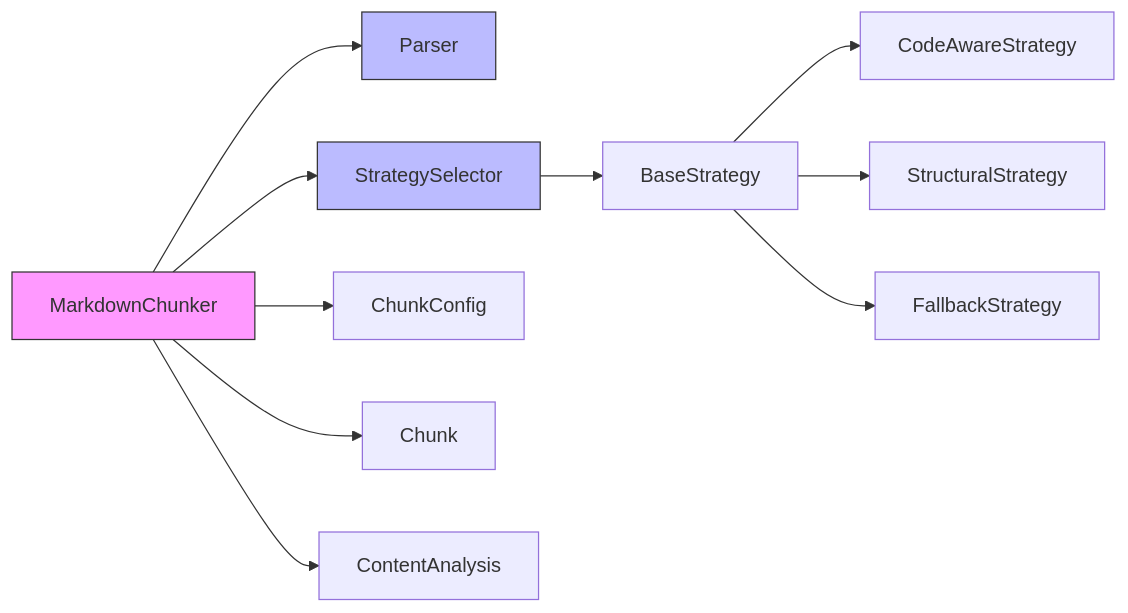
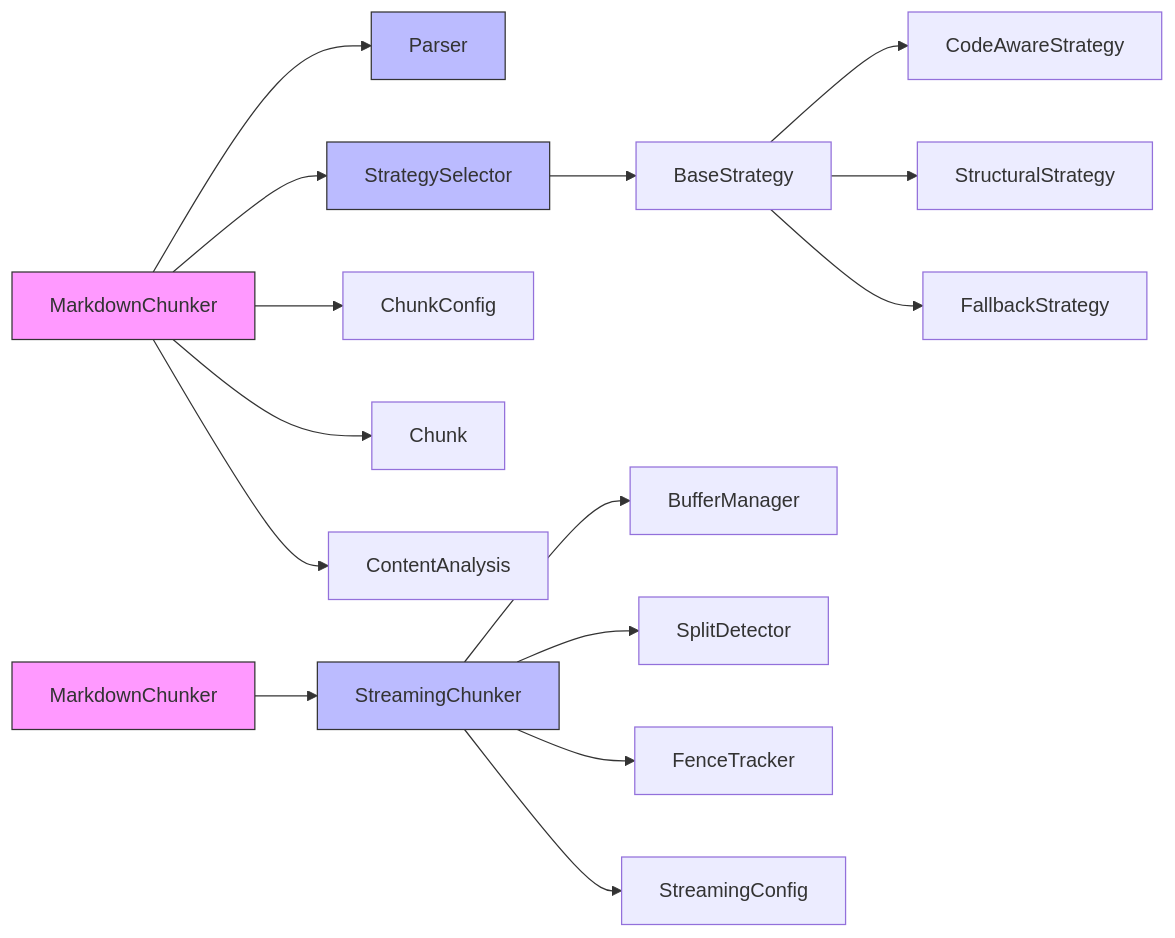
Before and after one commit to asukhodko/dify-markdown-chunker: the eighth of 8 diagrams in .qoder/repowiki/en/content/Architecture/Architecture Overview.md, drawn with Mermaid. The commit also changed other lines of this file and 4 other files, not shown here.

First line of the commit message:
feat(architecture): introduce streaming architecture for large file processing

````diff
--- a/.qoder/repowiki/en/content/Architecture/Architecture Overview.md
+++ b/.qoder/repowiki/en/content/Architecture/Architecture Overview.md
@@ -254,15 +401,22 @@
 ```mermaid
 graph LR
 A[MarkdownChunker] --> B[Parser]
 A --> C[StrategySelector]
 A --> D[ChunkConfig]
 C --> E[BaseStrategy]
 E --> F[CodeAwareStrategy]
 E --> G[StructuralStrategy]
 E --> H[FallbackStrategy]
 A --> I[Chunk]
 A --> J[ContentAnalysis]
+K[MarkdownChunker] --> L[StreamingChunker]
+L --> M[BufferManager]
+L --> N[SplitDetector]
+L --> O[FenceTracker]
+L --> P[StreamingConfig]
 style A fill:#f9f,stroke:#333
 style B fill:#bbf,stroke:#333
 style C fill:#bbf,stroke:#333
+style K fill:#f9f,stroke:#333
+style L fill:#bbf,stroke:#333
 ```
````
